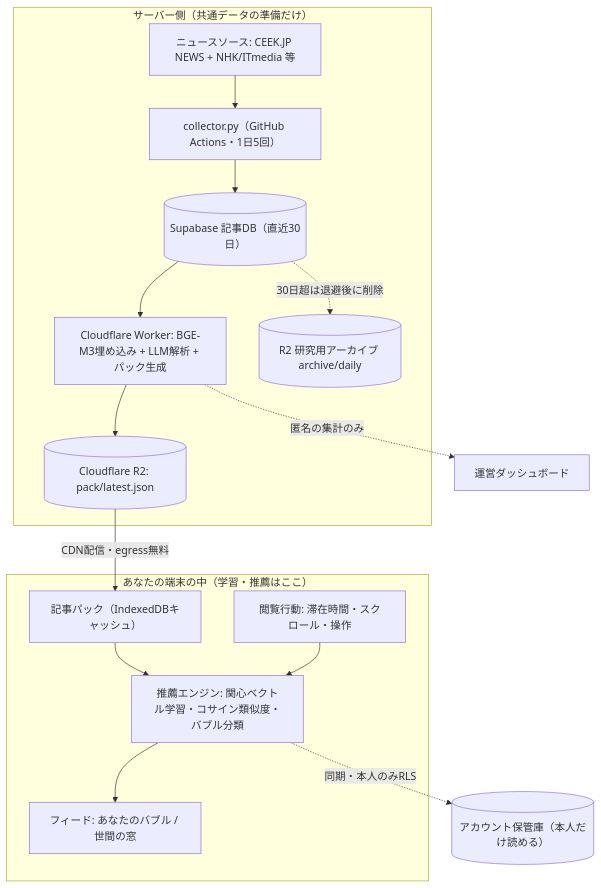
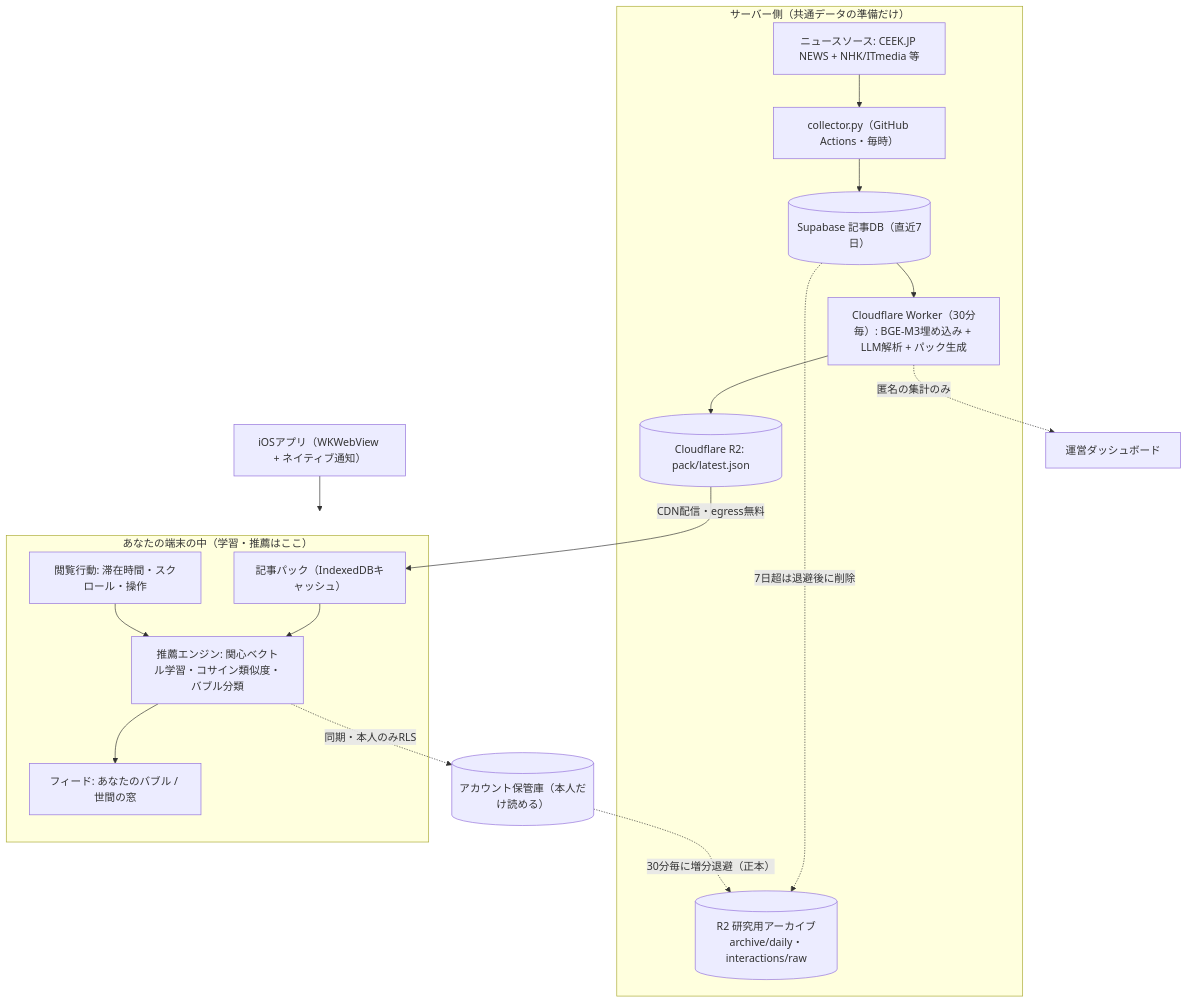
One commit to wildriver/OwnNews changed the diagram in README.md. Above: the diagram before and after it, drawn with Mermaid. The commit also changed other lines of this file, not shown here.

````diff
--- a/README.md
+++ b/README.md
@@ -29,28 +32,31 @@
 ```mermaid
 flowchart TD
     subgraph SERVER["サーバー側（共通データの準備だけ）"]
         RSS["ニュースソース: CEEK.JP NEWS + NHK/ITmedia 等"]
-        COL["collector.py（GitHub Actions・1日5回）"]
-        DB[("Supabase 記事DB（直近30日）")]
-        WK["Cloudflare Worker: BGE-M3埋め込み + LLM解析 + パック生成"]
+        COL["collector.py（GitHub Actions・毎時）"]
+        DB[("Supabase 記事DB（直近7日）")]
+        WK["Cloudflare Worker（30分毎）: BGE-M3埋め込み + LLM解析 + パック生成"]
         R2[("Cloudflare R2: pack/latest.json")]
-        ARC[("R2 研究用アーカイブ archive/daily")]
+        ARC[("R2 研究用アーカイブ<br/>archive/daily・interactions/raw")]
         RSS --> COL --> DB --> WK --> R2
-        DB -.->|"30日超は退避後に削除"| ARC
+        DB -.->|"7日超は退避後に削除"| ARC
     end
 
     R2 -->|"CDN配信・egress無料"| CACHE
 
-    subgraph BROWSER["あなたの端末の中（学習・推薦はここ）"]
+    subgraph CLIENT["あなたの端末の中（学習・推薦はここ）"]
         CACHE["記事パック（IndexedDBキャッシュ）"]
         BEHAVE["閲覧行動: 滞在時間・スクロール・操作"]
         ENGINE["推薦エンジン: 関心ベクトル学習・コサイン類似度・バブル分類"]
         FEED["フィード: あなたのバブル / 世間の窓"]
         CACHE --> ENGINE
         BEHAVE --> ENGINE
         ENGINE --> FEED
     end
 
+    IOS["iOSアプリ（WKWebView + ネイティブ通知）"] --> CLIENT
+
     ENGINE -.->|"同期・本人のみRLS"| VAULT[("アカウント保管庫（本人だけ読める）")]
+    VAULT -.->|"30分毎に増分退避（正本）"| ARC
     WK -.->|"匿名の集計のみ"| ADMIN["運営ダッシュボード"]
 ```
````
